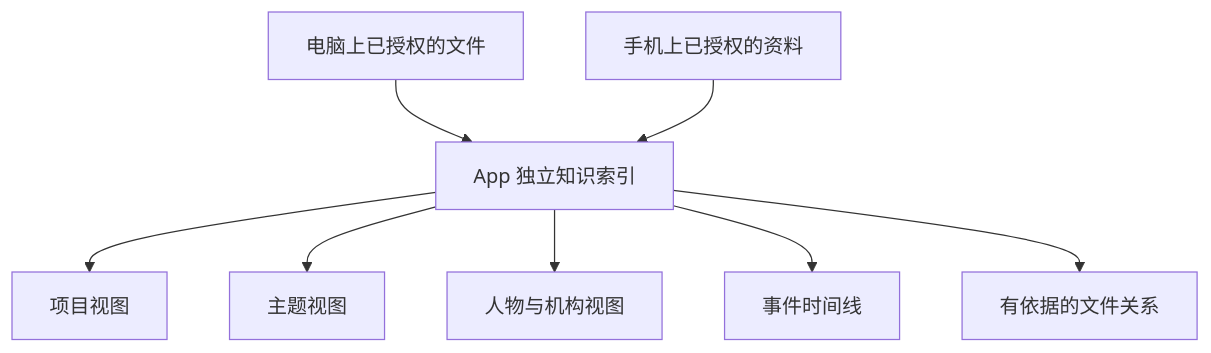
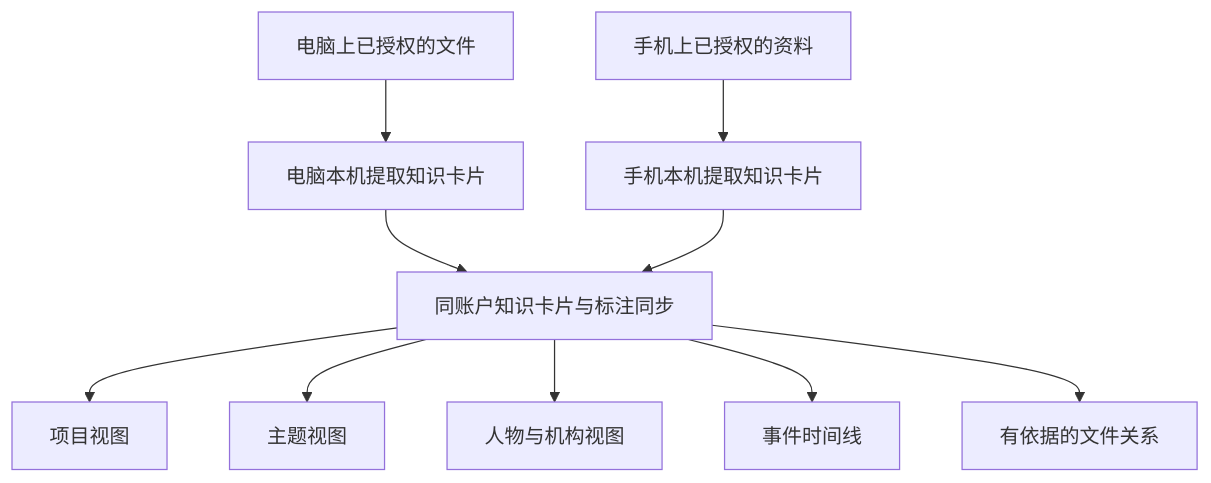
The diagram in docs/VIRTUAL_KNOWLEDGE_PLAN.md (yrupeechalco-cell/personal-knowledge-agent-generic-agent-base), drawn with Mermaid before and after one commit. The commit also changed other lines of this file and 1 other file, not shown here.

````diff
--- a/docs/VIRTUAL_KNOWLEDGE_PLAN.md
+++ b/docs/VIRTUAL_KNOWLEDGE_PLAN.md
@@ -11,10 +11,12 @@
 ```mermaid
 flowchart TD
-    PC[电脑上已授权的文件] --> INDEX[App 独立知识索引]
-    PHONE[手机上已授权的资料] --> INDEX
+    PC[电脑上已授权的文件] --> PCCARD[电脑本机提取知识卡片]
+    PHONE[手机上已授权的资料] --> PHONECARD[手机本机提取知识卡片]
+    PCCARD --> INDEX[同账户知识卡片与标注同步]
+    PHONECARD --> INDEX
     INDEX --> PROJECT[项目视图]
     INDEX --> TOPIC[主题视图]
     INDEX --> PERSON[人物与机构视图]
     INDEX --> TIME[事件时间线]
     INDEX --> RELATIONS[有依据的文件关系]
 ```
````
